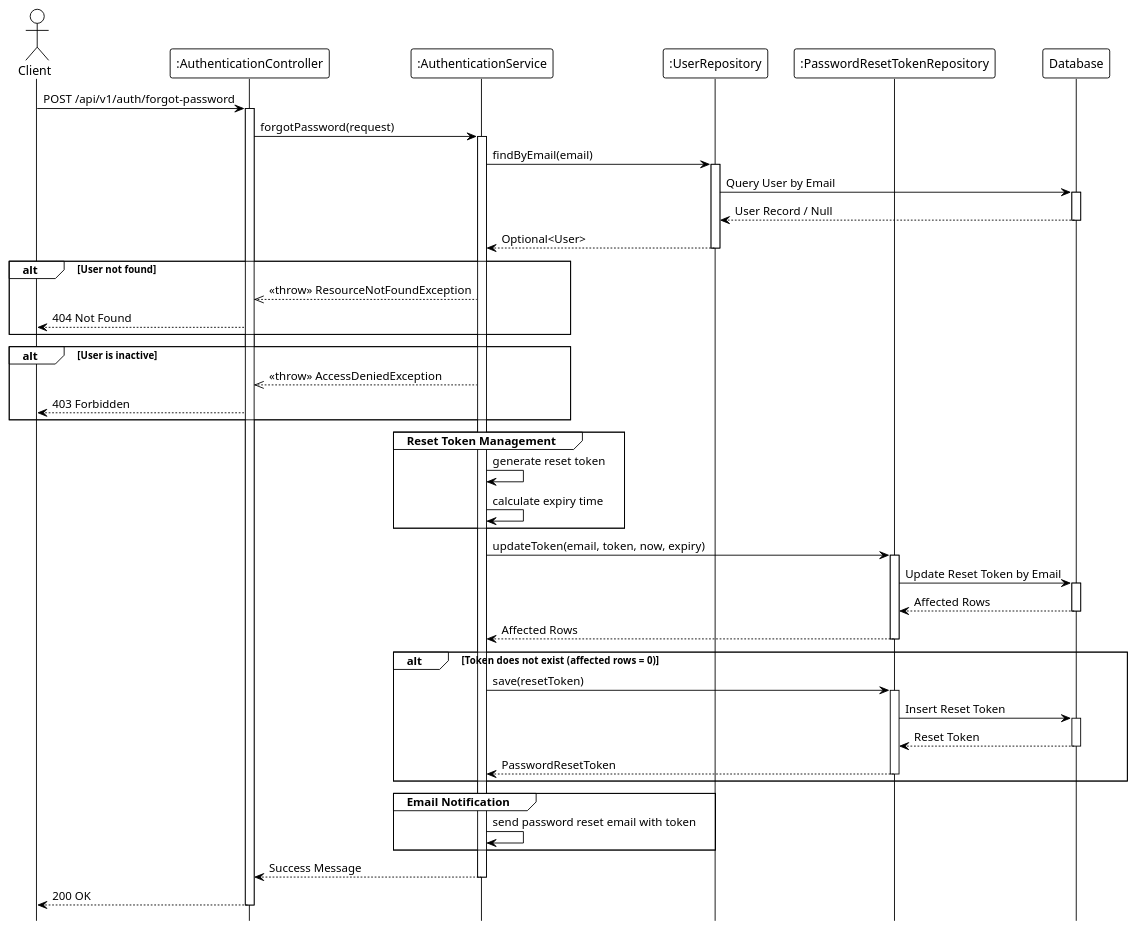
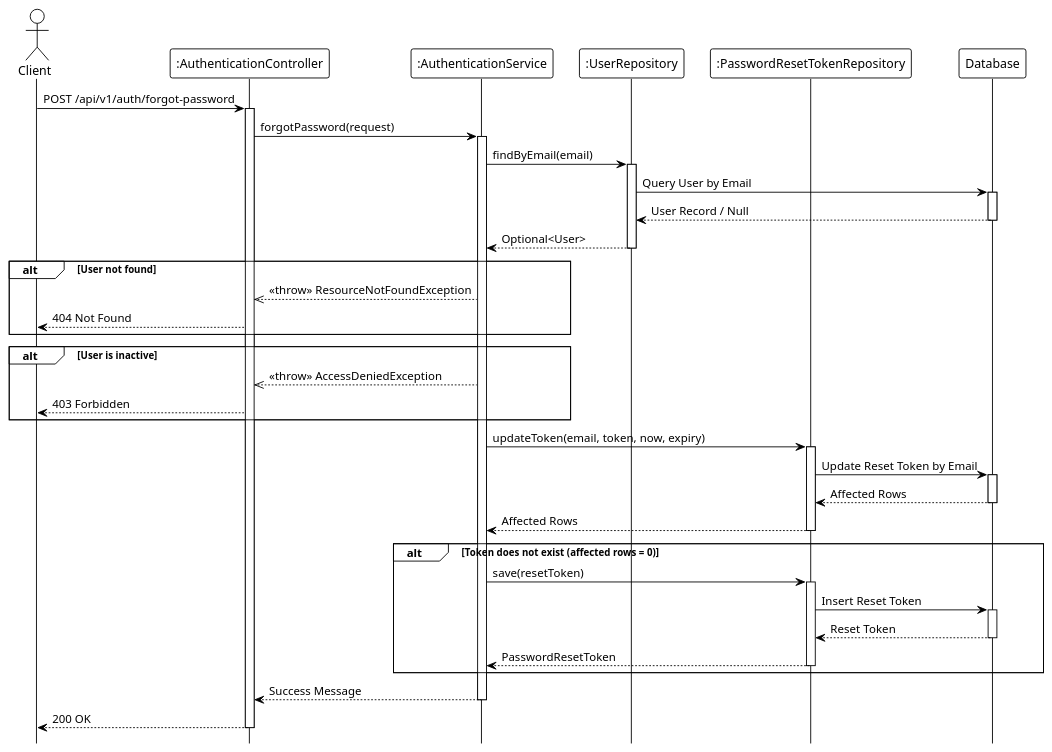
The diagram in system_detailed_design/04_forgot_password/sequence_diagram_forgot_password.puml (Ndh474/context), drawn with PlantUML before and after one commit. The commit also changed 13 other files, not shown here.

```diff
--- a/system_detailed_design/04_forgot_password/sequence_diagram_forgot_password.puml
+++ b/system_detailed_design/04_forgot_password/sequence_diagram_forgot_password.puml
@@ -1,83 +1,78 @@
 @startuml forgot_password
 !theme plain
 hide footbox
 
 actor Client
 participant ":AuthenticationController" as Controller
 participant ":AuthenticationService" as Service
 participant ":UserRepository" as UserRepo
 participant ":PasswordResetTokenRepository" as TokenRepo
 participant "Database" as DB
 
 ' --- MAIN FLOW ---
 Client -> Controller: POST /api/v1/auth/forgot-password
 activate Controller
 
 Controller -> Service: forgotPassword(request)
 activate Service
 
 ' --- USER LOOKUP ---
 Service -> UserRepo: findByEmail(email)
 activate UserRepo
 
 UserRepo -> DB: Query User by Email
 activate DB
 DB --> UserRepo: User Record / Null
 deactivate DB
 
 UserRepo --> Service: Optional<User>
 deactivate UserRepo
 
 ' --- VALIDATION LOGIC ---
 alt User not found
     Service -->> Controller: <<throw>> ResourceNotFoundException
     Controller --> Client: 404 Not Found
 end
 
 alt User is inactive
     Service -->> Controller: <<throw>> AccessDeniedException
     Controller --> Client: 403 Forbidden
 end
 
 ' --- TOKEN GENERATION & STORAGE ---
-group Reset Token Management
-    Service -> Service: generate reset token
-    Service -> Service: calculate expiry time
-end
+' Reset token generation (internal)
 
 Service -> TokenRepo: updateToken(email, token, now, expiry)
 activate TokenRepo
 
 TokenRepo -> DB: Update Reset Token by Email
 activate DB
 DB --> TokenRepo: Affected Rows
 deactivate DB
 
 TokenRepo --> Service: Affected Rows
 deactivate TokenRepo
 
 alt Token does not exist (affected rows = 0)
     Service -> TokenRepo: save(resetToken)
     activate TokenRepo
 
     TokenRepo -> DB: Insert Reset Token
     activate DB
     DB --> TokenRepo: Reset Token
     deactivate DB
 
     TokenRepo --> Service: PasswordResetToken
     deactivate TokenRepo
 end
 
 ' --- SEND EMAIL ---
-group Email Notification
-    Service -> Service: send password reset email with token
-end
+' Email notification (internal)
 
 Service --> Controller: Success Message
 deactivate Service
 
 Controller --> Client: 200 OK
 deactivate Controller
 
 @enduml
```
